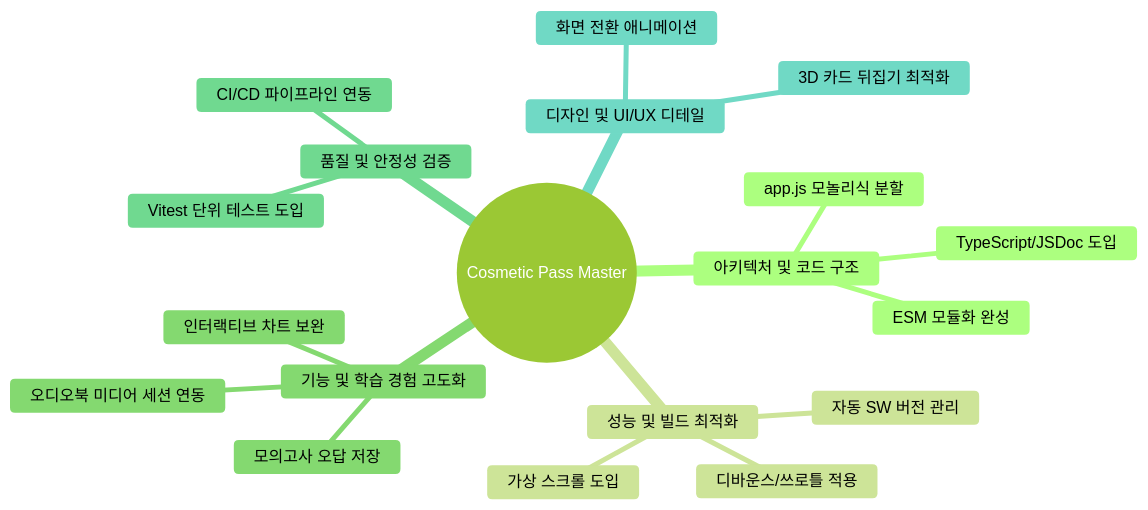
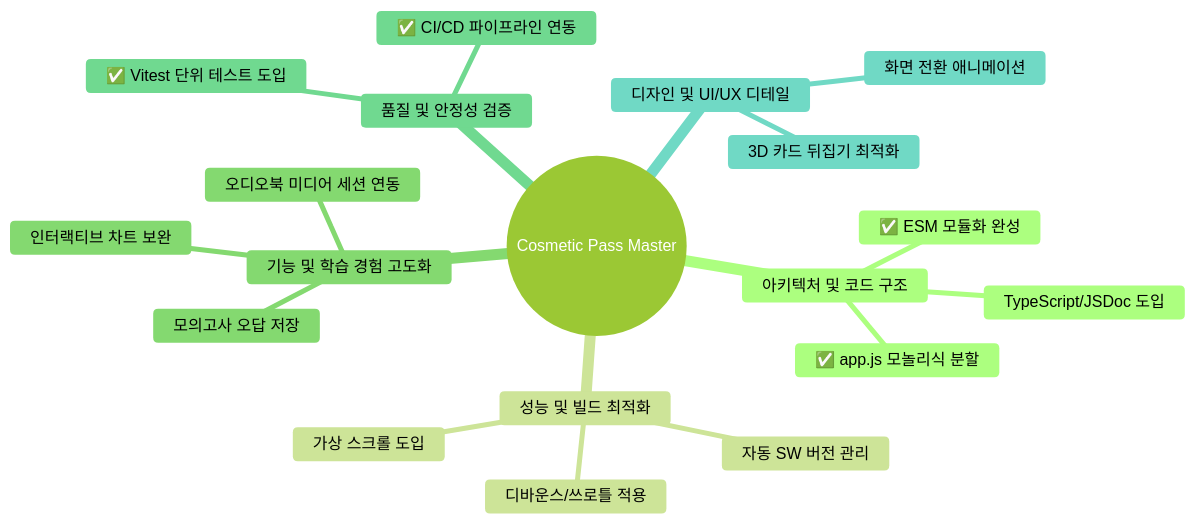
The diagram in improvements_report.md (skygoldlee-cyber/Personalized_Skincare), drawn with Mermaid (forest theme) before and after one commit. The commit also changed other lines of this file and 3 other files, not shown here.

Commit message:
docs: update README ARCHITECTURE CHANGES improvements_report for modularization and study_md optimization

````diff
--- a/improvements_report.md
+++ b/improvements_report.md
@@ -9,22 +11,22 @@
 ```mermaid
 mindmap
   root((Cosmetic Pass Master))
     아키텍처 및 코드 구조
-      app.js 모놀리식 분할
-      ESM 모듈화 완성
+      ✅ app.js 모놀리식 분할
+      ✅ ESM 모듈화 완성
       TypeScript/JSDoc 도입
     성능 및 빌드 최적화
       가상 스크롤 도입
       디바운스/쓰로틀 적용
       자동 SW 버전 관리
     기능 및 학습 경험 고도화
       모의고사 오답 저장
       오디오북 미디어 세션 연동
       인터랙티브 차트 보완
     품질 및 안정성 검증
-      Vitest 단위 테스트 도입
-      CI/CD 파이프라인 연동
+      ✅ Vitest 단위 테스트 도입
+      ✅ CI/CD 파이프라인 연동
     디자인 및 UI/UX 디테일
       화면 전환 애니메이션
       3D 카드 뒤집기 최적화
 ```
````
